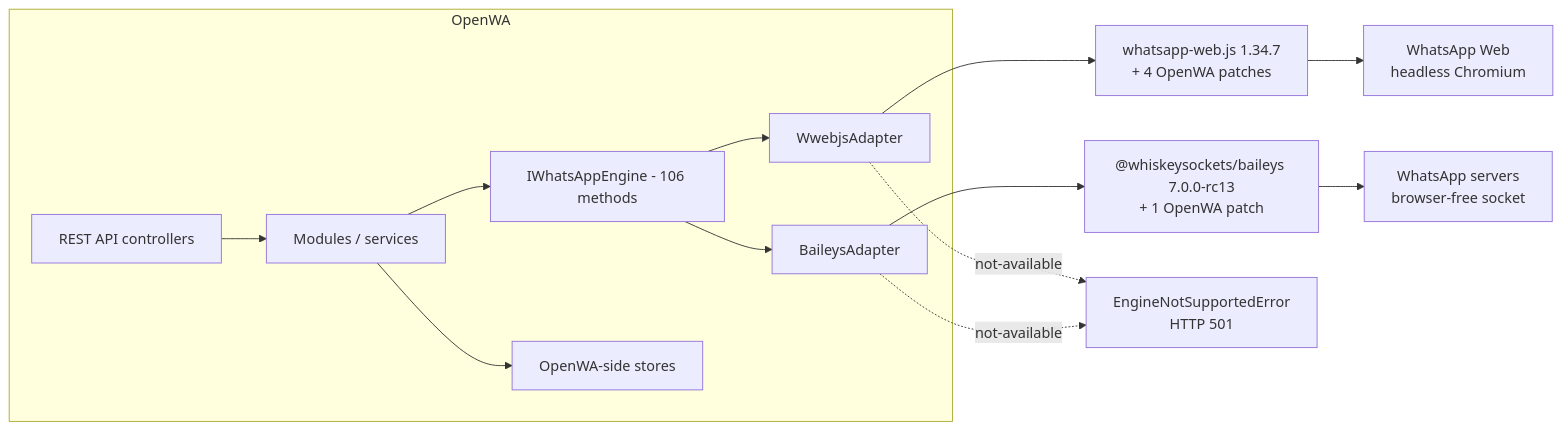
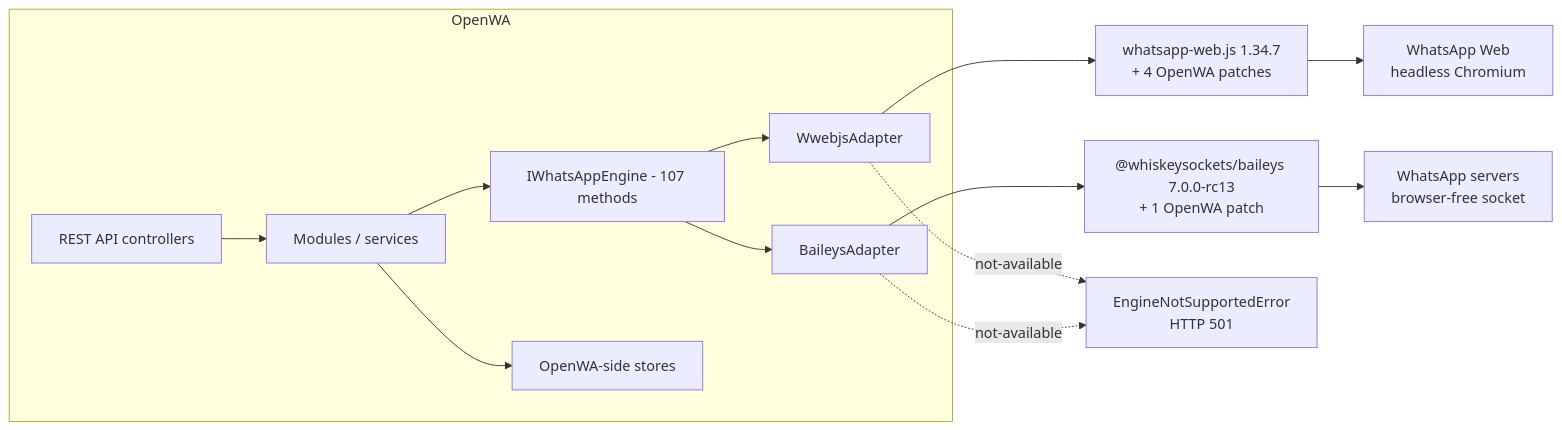
The first of 2 diagrams in docs/29-engine-capability-matrix.md (nourayman21k/OpenWA), drawn with Mermaid before and after one commit. The commit also changed other lines of this file and 16 other files, not shown here.

````diff
--- a/docs/29-engine-capability-matrix.md
+++ b/docs/29-engine-capability-matrix.md
@@ -42,16 +42,16 @@
 ```mermaid
 flowchart LR
     subgraph OpenWA["OpenWA"]
         API["REST API controllers"] --> SVC["Modules / services"]
-        SVC --> IF["IWhatsAppEngine - 106 methods"]
+        SVC --> IF["IWhatsAppEngine - 107 methods"]
         IF --> WA["WwebjsAdapter"]
         IF --> BA["BaileysAdapter"]
         SVC --> STORE["OpenWA-side stores"]
     end
     WA --> WLIB["whatsapp-web.js 1.34.7<br/>+ 4 OpenWA patches"]
     BA --> BLIB["@whiskeysockets/baileys 7.0.0-rc13<br/>+ 1 OpenWA patch"]
     WLIB --> WEB["WhatsApp Web<br/>headless Chromium"]
     BLIB --> WAS["WhatsApp servers<br/>browser-free socket"]
     WA -.->|"not-available"| E["EngineNotSupportedError<br/>HTTP 501"]
     BA -.->|"not-available"| E
 ```
````
